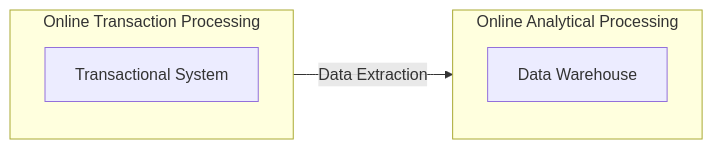
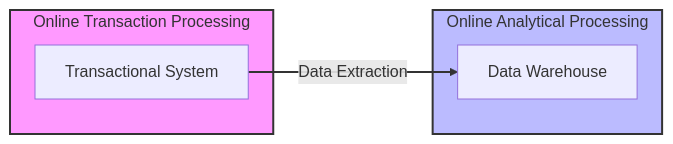
One commit to goelkiran/learnDataLakeHouses changed the second of 3 diagrams in data_management_evolution.md. Above: the diagram before and after it, drawn with Mermaid.

Commit message:
improved the diagram

````diff
--- a/data_management_evolution.md
+++ b/data_management_evolution.md
@@ -95,12 +95,14 @@
 ```mermaid
 flowchart LR
   subgraph OLTP [Online Transaction Processing]
-    direction TB
-    OLTP1[Transactional System]
+      OLTP1[Transactional System]
   end
+
   subgraph OLAP [Online Analytical Processing]
-    direction TB
     OLAP1[Data Warehouse]
   end
   OLTP1 -->|Data Extraction| OLAP1
+  style OLTP fill:#f9f,stroke:#333,stroke-width:2px;
+  style OLAP fill:#bbf,stroke:#333,stroke-width:2px;
+  linkStyle default stroke-width:2px;
 ```
````
